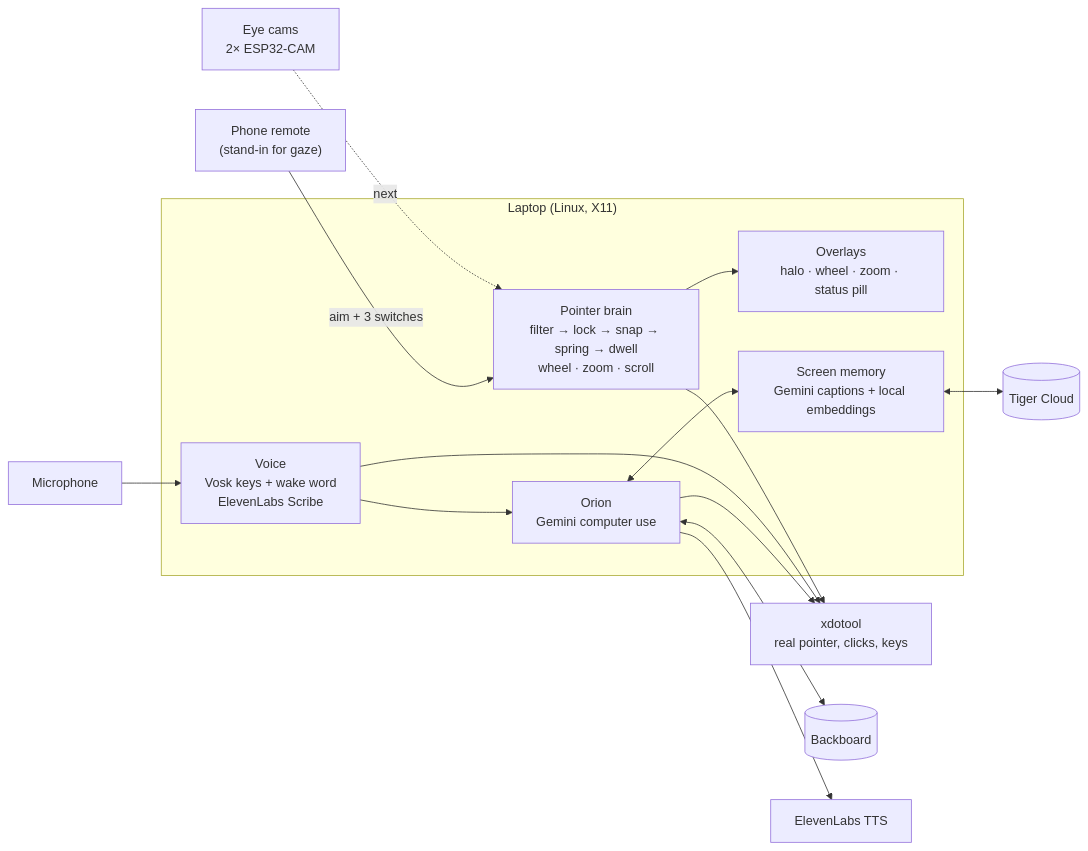
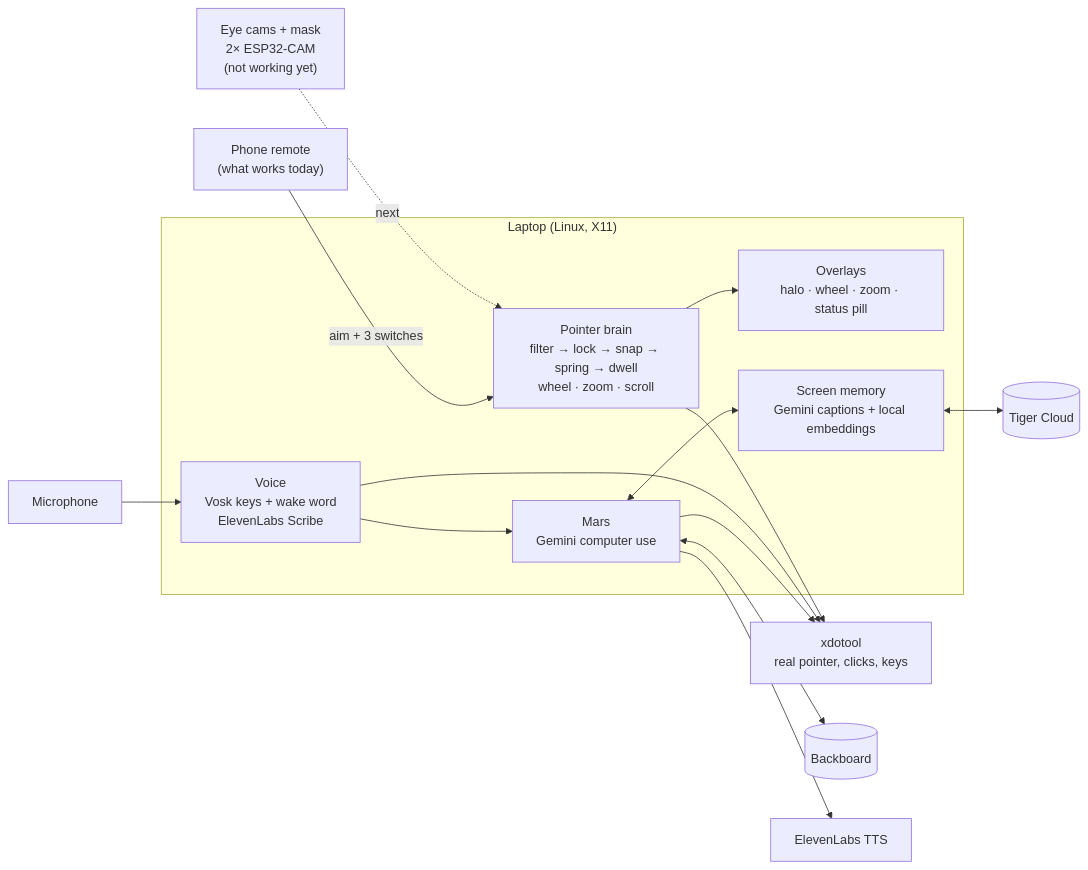
Before and after one commit to Deiahri/mars: the diagram in README.md, drawn with Mermaid. The commit also changed other lines of this file and 38 other files, not shown here.

First line of the commit message:
Rename the assistant to Mars, and make the phone remote the version that works today

````diff
--- a/README.md
+++ b/README.md
@@ -85,24 +104,24 @@
 ```mermaid
 flowchart LR
-  eyes["Eye cams<br/>2× ESP32-CAM"] -. next .-> brain
-  phone["Phone remote<br/>(stand-in for gaze)"] -- "aim + 3 switches" --> brain
+  eyes["Eye cams + mask<br/>2× ESP32-CAM<br/>(not working yet)"] -. next .-> brain
+  phone["Phone remote<br/>(what works today)"] -- "aim + 3 switches" --> brain
   mic["Microphone"] --> voice
 
   subgraph laptop["Laptop (Linux, X11)"]
     brain["Pointer brain<br/>filter → lock → snap → spring → dwell<br/>wheel · zoom · scroll"]
     voice["Voice<br/>Vosk keys + wake word<br/>ElevenLabs Scribe"]
-    orion["Orion<br/>Gemini computer use"]
+    mars["Mars<br/>Gemini computer use"]
     overlay["Overlays<br/>halo · wheel · zoom · status pill"]
     memory["Screen memory<br/>Gemini captions + local embeddings"]
   end
 
   brain --> xdo["xdotool<br/>real pointer, clicks, keys"]
   brain --> overlay
   voice --> xdo
-  voice --> orion
-  orion --> xdo
-  orion <--> memory
+  voice --> mars
+  mars --> xdo
+  mars <--> memory
   memory <--> tiger[("Tiger Cloud")]
-  orion <--> bb[("Backboard")]
-  orion --> tts["ElevenLabs TTS"]
+  mars <--> bb[("Backboard")]
+  mars --> tts["ElevenLabs TTS"]
 ```
````
